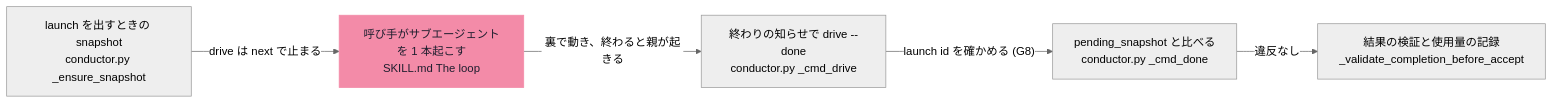
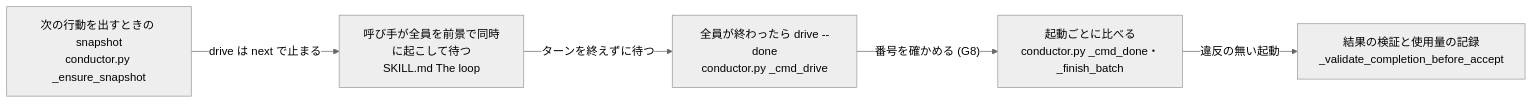
Before and after one commit to reeschan/atelier: the diagram in .omm/launch-lifecycle/agent-launch/diagram.mmd, drawn with Mermaid (neutral theme). The commit also changed 107 other files, not shown here.

Commit message:
docs(atelier): redraw the OMM diagrams for launch batches

```diff
--- a/.omm/launch-lifecycle/agent-launch/diagram.mmd
+++ b/.omm/launch-lifecycle/agent-launch/diagram.mmd
@@ -1,14 +1,11 @@
 graph LR
-    pending-snapshot["launch を出すときの snapshot\nconductor.py _ensure_snapshot"]
-    caller-subagent["呼び手がサブエージェントを 1 本起こす\nSKILL.md The loop"]
-    done-call["終わりの知らせで drive --done\nconductor.py _cmd_drive"]
-    done-compare["pending_snapshot と比べる\nconductor.py _cmd_done"]
+    pending-snapshot["次の行動を出すときの snapshot\nconductor.py _ensure_snapshot"]
+    caller-subagent["呼び手が全員を前景で同時に起こして待つ\nSKILL.md The loop"]
+    done-call["全員が終わったら drive --done\nconductor.py _cmd_drive"]
+    done-compare["起動ごとに比べる\nconductor.py _cmd_done・_finish_batch"]
     done-accept["結果の検証と使用量の記録\n_validate_completion_before_accept"]
 
     pending-snapshot -->|"drive は next で止まる"| caller-subagent
-    caller-subagent -->|"裏で動き、終わると親が起きる"| done-call
-    done-call -->|"launch id を確かめる (G8)"| done-compare
-    done-compare -->|"違反なし"| done-accept
-
-    classDef concern fill:#f38ba8,stroke:#f38ba8,color:#1e1e2e
-    class caller-subagent concern
+    caller-subagent -->|"ターンを終えずに待つ"| done-call
+    done-call -->|"番号を確かめる (G8)"| done-compare
+    done-compare -->|"違反の無い起動"| done-accept
```
